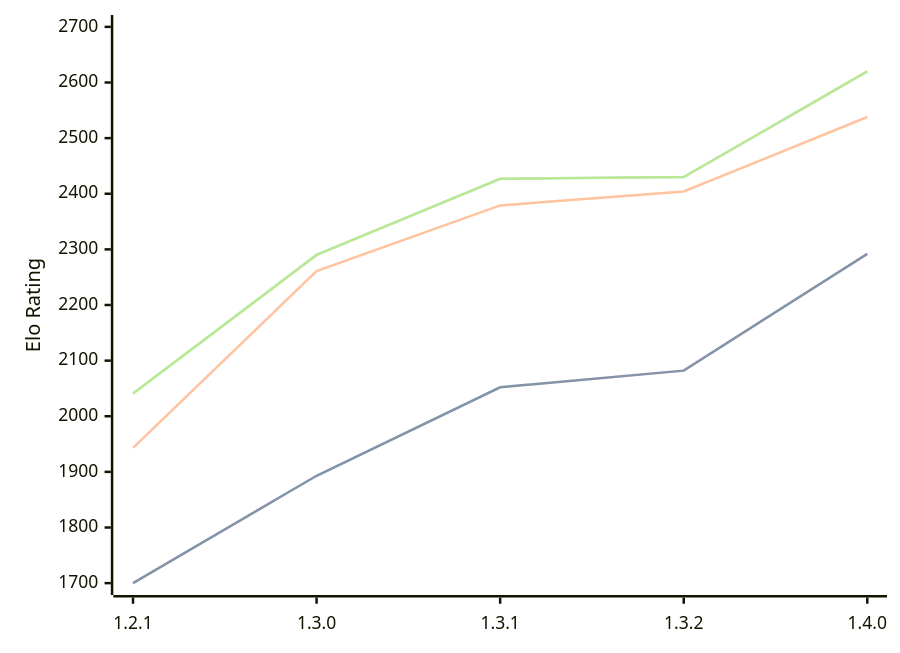
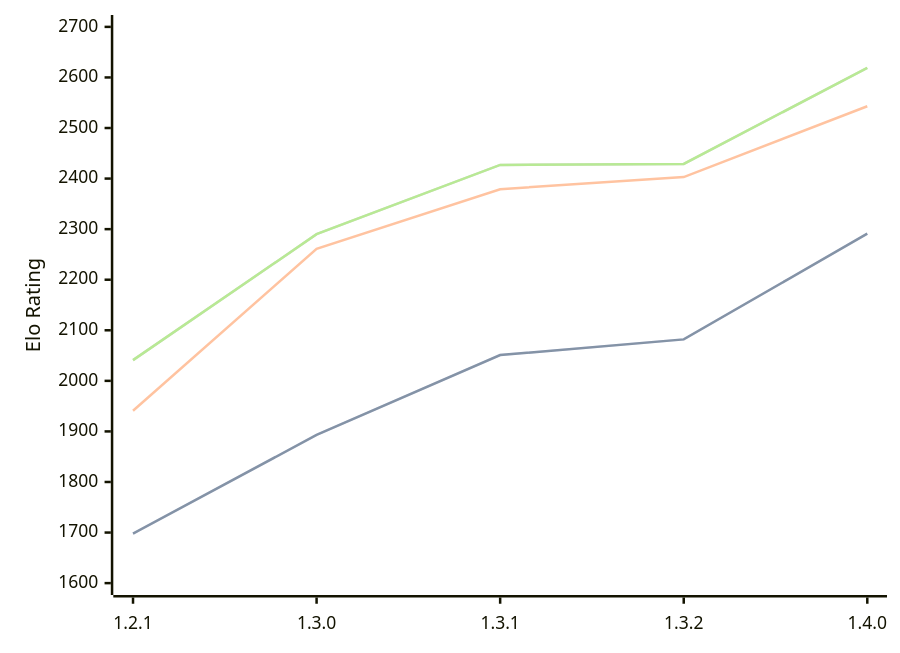
The diagram in engines/Chal.md (computer-chess-index/cci), drawn with Mermaid before and after one commit. The commit also changed other lines of this file, not shown here.

Commit message:
Update CCI Ratings (ELO VLTC) - 2026-04-21

````diff
--- a/engines/Chal.md
+++ b/engines/Chal.md
@@ -38,11 +38,11 @@
 ```mermaid
 %%{init: {"theme":"base","themeVariables":{"seriesColors:['#a3a3a3','#222221','#faa371']}}}%%
 xychart-beta
   x-axis ["1.2.1", "1.3.0", "1.3.1", "1.3.2", "1.4.0"]
-  y-axis "Elo Rating" 1700 --> 2700
-  line "STC (8.0+0.08s)" [1700, 1893, 2052, 2082, 2292]
-  line "STC (8.0+0.08s)" [1700, 1893, 2052, 2082, 2292]
-  line "LTC (60.0+0.60s)" [1943, 2261, 2379, 2404, 2538]
-  line "VLTC (2m24s+1.12s)" [2041, 2290, 2427, 2430, 2620]
-  line "VLTC (2m24s+1.12s)" [2041, 2290, 2427, 2430, 2620]
+  y-axis "Elo Rating" 1600 --> 2700
+  line "STC (8.0+0.08s)" [1698, 1893, 2051, 2082, 2291]
+  line "STC (8.0+0.08s)" [1698, 1893, 2051, 2082, 2291]
+  line "LTC (60.0+0.60s)" [1941, 2261, 2379, 2403, 2543]
+  line "VLTC (2m24s+1.12s)" [2041, 2290, 2427, 2429, 2619]
+  line "VLTC (2m24s+1.12s)" [2041, 2290, 2427, 2429, 2619]
 ```
````
